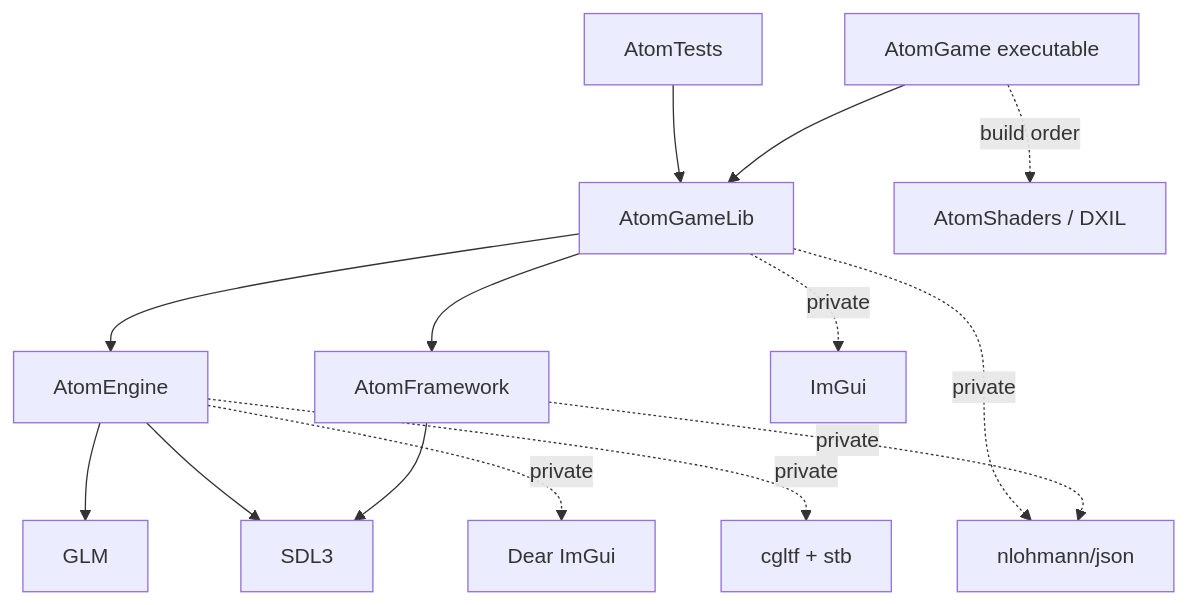
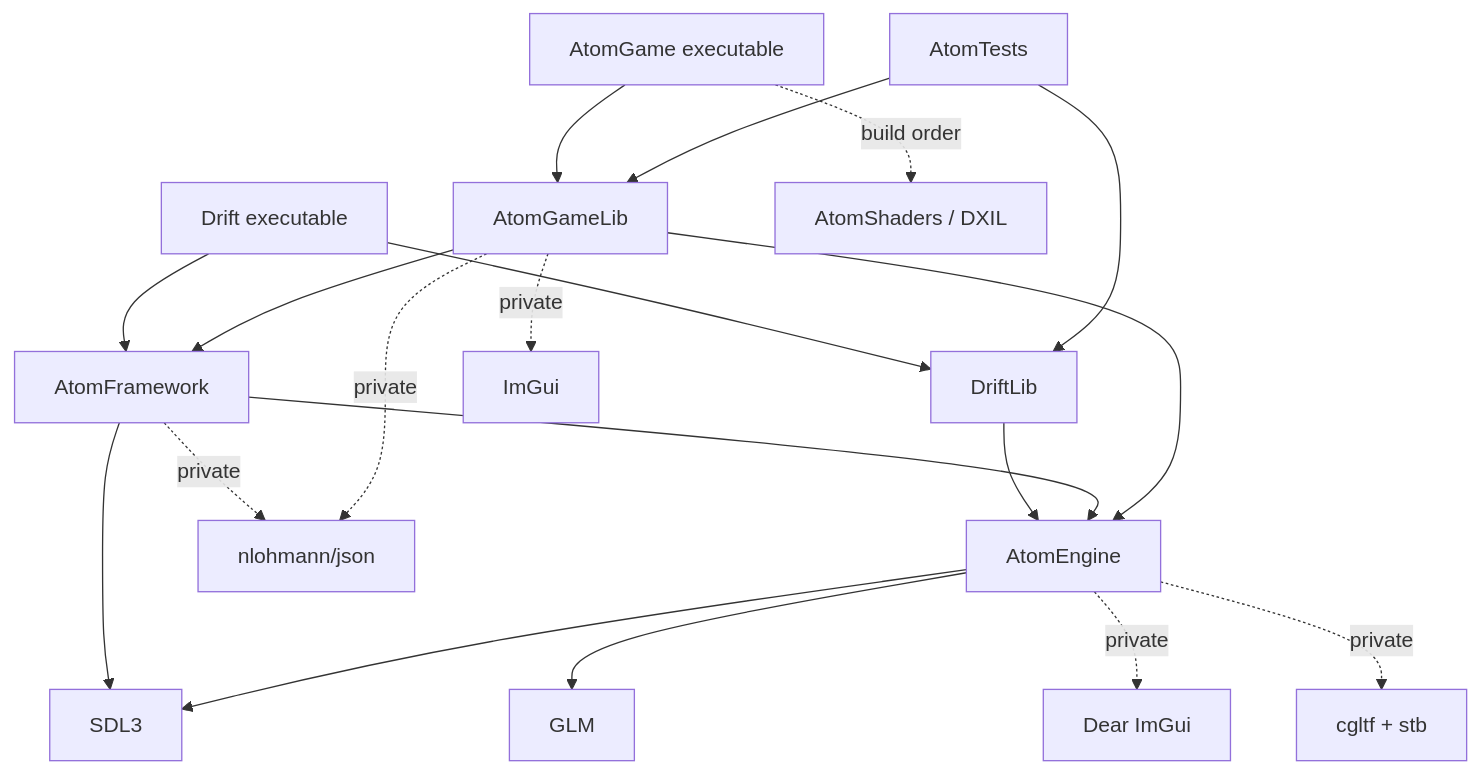
The first of 6 diagrams in docs/Architecture.md (fgdoliveira/AtomEngine), drawn with Mermaid before and after one commit. The commit also changed other lines of this file and 11 other files, not shown here.

````diff
--- a/docs/Architecture.md
+++ b/docs/Architecture.md
@@ -17,16 +19,21 @@
 ```mermaid
 graph TD
     Exe[AtomGame executable] --> Game[AtomGameLib]
     Tests[AtomTests] --> Game
+    DriftExe[Drift executable] --> DriftLib[DriftLib]
+    DriftExe --> Framework
+    DriftLib --> Engine
+    Tests --> DriftLib
+    Framework --> Engine
     Game --> Engine[AtomEngine]
     Game --> Framework[AtomFramework]
     Framework --> SDL
     Framework -.->|private| JSON
     Game -.->|private| JSON[nlohmann/json]
     Game -.->|private| ImGui
     Engine --> SDL[SDL3]
     Engine --> GLM
     Engine -.->|private| ImGuiE[Dear ImGui]
     Engine -.->|private| CGLTF[cgltf + stb]
     Exe -.->|build order| Shaders[AtomShaders / DXIL]
 ```
````
